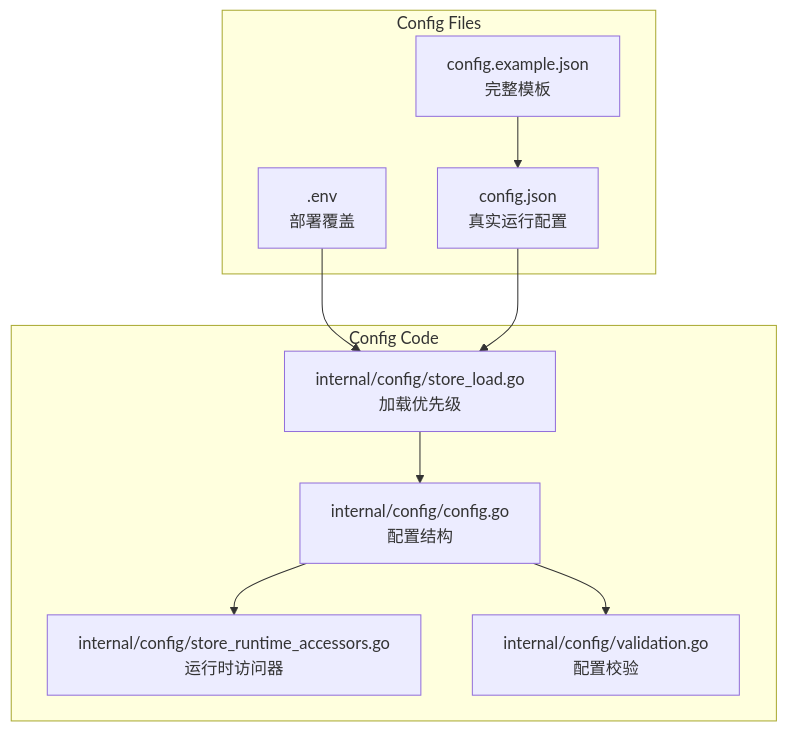
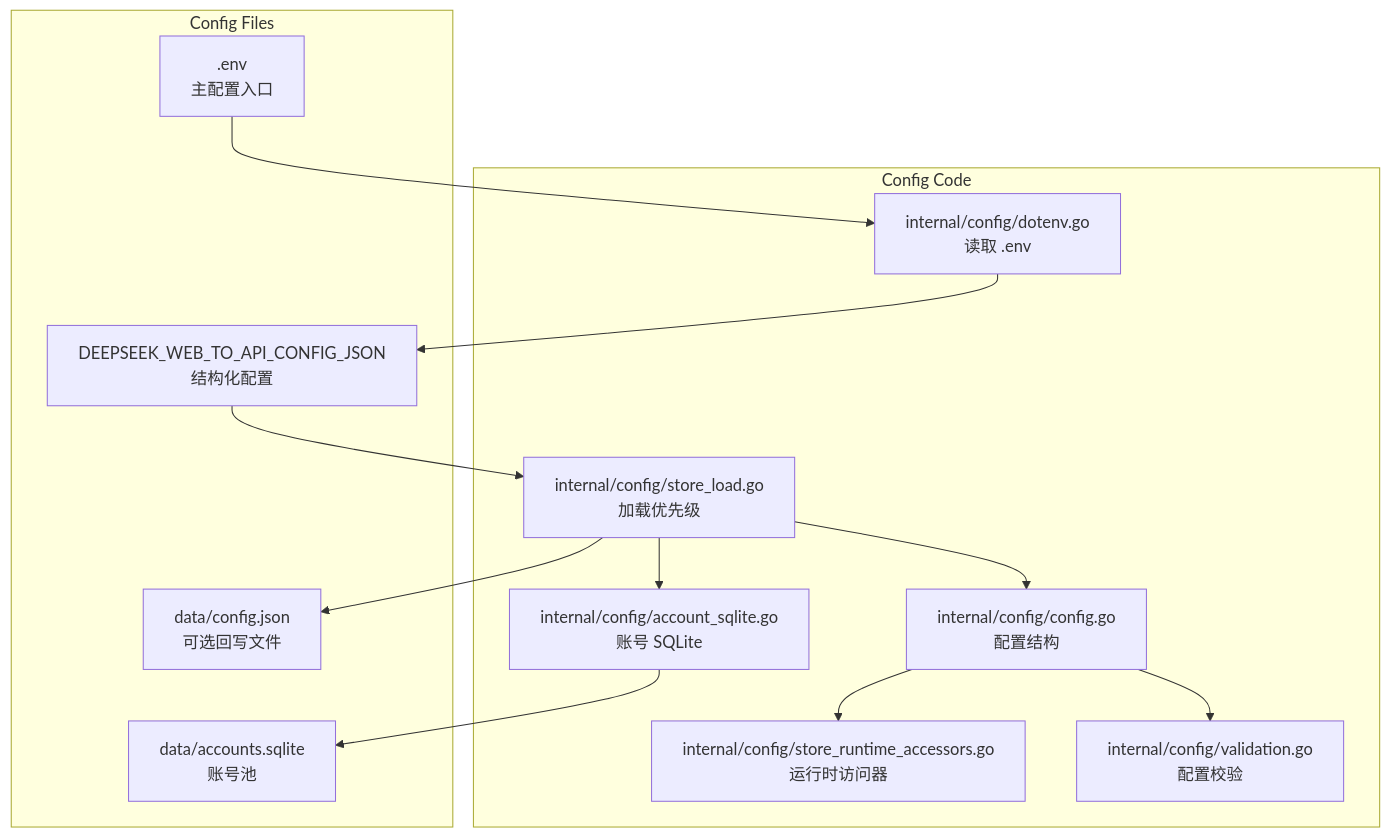
The first of 2 diagrams in docs/configuration.md (marklove5102/DeepSeek_Web_To_API), drawn with Mermaid before and after one commit. The commit also changed other lines of this file and 51 other files, not shown here.

````diff
--- a/docs/configuration.md
+++ b/docs/configuration.md
@@ -33,20 +35,26 @@
 ```mermaid
 graph TB
 subgraph "Config Files"
-EXAMPLE["config.example.json<br/>完整模板"]
-RUNTIME["config.json<br/>真实运行配置"]
-ENV[".env<br/>部署覆盖"]
+ENV[".env<br/>主配置入口"]
+ENVJSON["DEEPSEEK_WEB_TO_API_CONFIG_JSON<br/>结构化配置"]
+WRITEBACK["data/config.json<br/>可选回写文件"]
+ACCOUNTS["data/accounts.sqlite<br/>账号池"]
 end
 subgraph "Config Code"
+DOTENV["internal/config/dotenv.go<br/>读取 .env"]
 STRUCT["internal/config/config.go<br/>配置结构"]
 LOAD["internal/config/store_load.go<br/>加载优先级"]
+ACCDB["internal/config/account_sqlite.go<br/>账号 SQLite"]
 ACCESS["internal/config/store_runtime_accessors.go<br/>运行时访问器"]
 VALIDATE["internal/config/validation.go<br/>配置校验"]
 end
-EXAMPLE --> RUNTIME
-ENV --> LOAD
-RUNTIME --> LOAD
+ENV --> DOTENV
+DOTENV --> ENVJSON
+ENVJSON --> LOAD
+LOAD --> WRITEBACK
+LOAD --> ACCDB
+ACCDB --> ACCOUNTS
 LOAD --> STRUCT
 STRUCT --> VALIDATE
 STRUCT --> ACCESS
 ```
````
